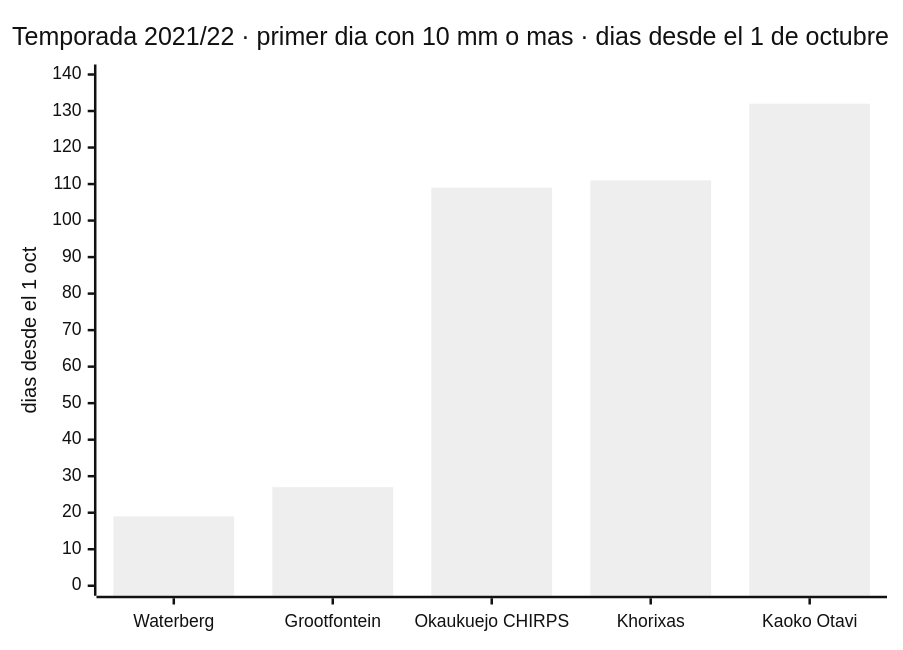
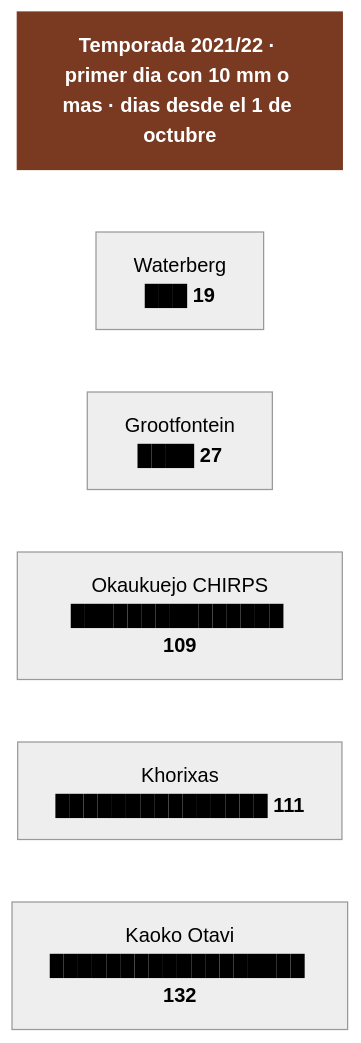
The fourth of 4 diagrams in 09-lluvias-historico.md (morandeirachema/namibia), drawn with Mermaid (neutral theme) before and after one commit. The commit also changed other lines of this file and 9 other files, not shown here.

Commit message:
Cambiar los 23 graficos xychart-beta por barras de flowchart: GitHub no renderiza los tipos beta de Mermaid

````diff
--- a/09-lluvias-historico.md
+++ b/09-lluvias-historico.md
@@ -111,7 +117,15 @@
 ```mermaid
-xychart-beta
-    title "Temporada 2021/22 · primer dia con 10 mm o mas · dias desde el 1 de octubre"
-    x-axis ["Waterberg", "Grootfontein", "Okaukuejo CHIRPS", "Khorixas", "Kaoko Otavi"]
-    y-axis "dias desde el 1 oct" 0 --> 140
-    bar [19, 27, 109, 111, 132]
+flowchart TD
+    T["<b>Temporada 2021/22 · primer dia con 10 mm o mas · dias desde el 1 de octubre</b>"]
+    n0["Waterberg<br/>███ <b>19</b>"]
+    n1["Grootfontein<br/>████ <b>27</b>"]
+    n2["Okaukuejo CHIRPS<br/>███████████████ <b>109</b>"]
+    n3["Khorixas<br/>███████████████ <b>111</b>"]
+    n4["Kaoko Otavi<br/>██████████████████ <b>132</b>"]
+    T ~~~ n0
+    n0 ~~~ n1
+    n1 ~~~ n2
+    n2 ~~~ n3
+    n3 ~~~ n4
+    style T fill:#7a3a22,color:#fff,stroke:#7a3a22
 ```
````
